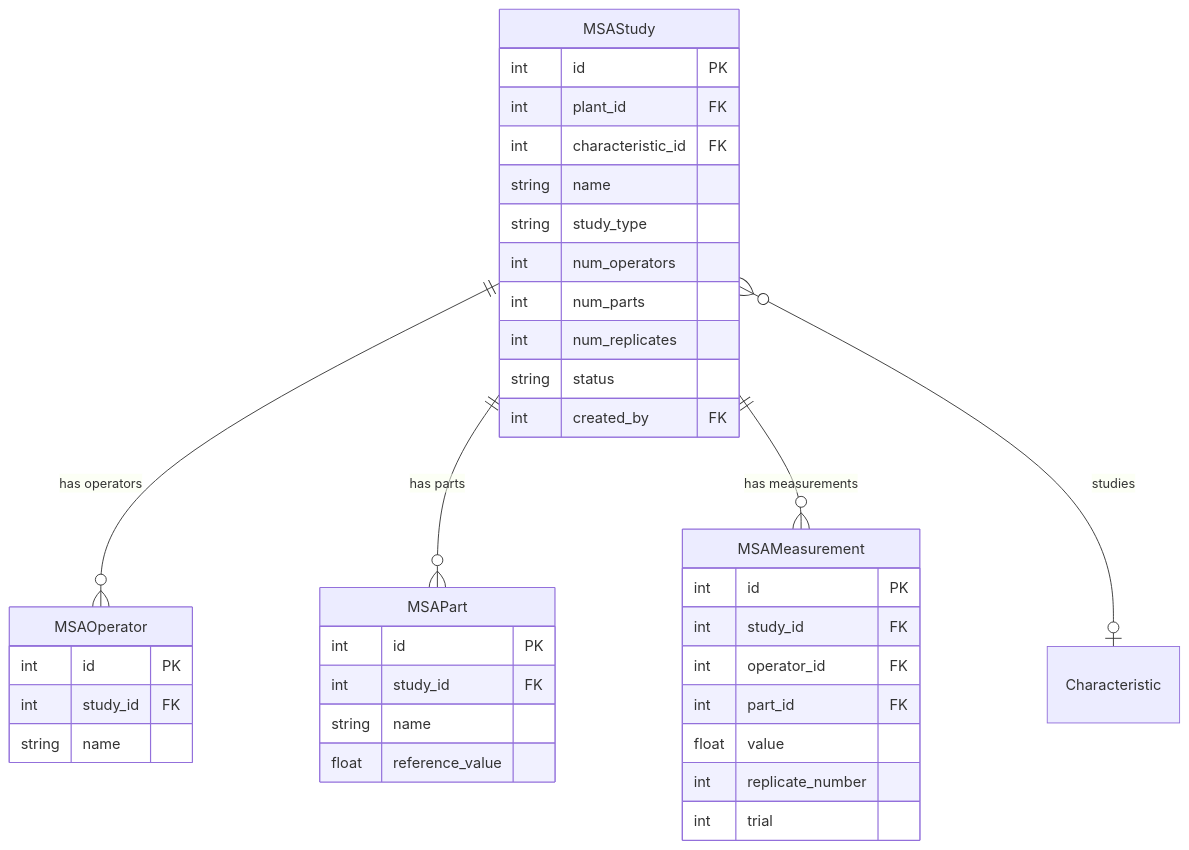
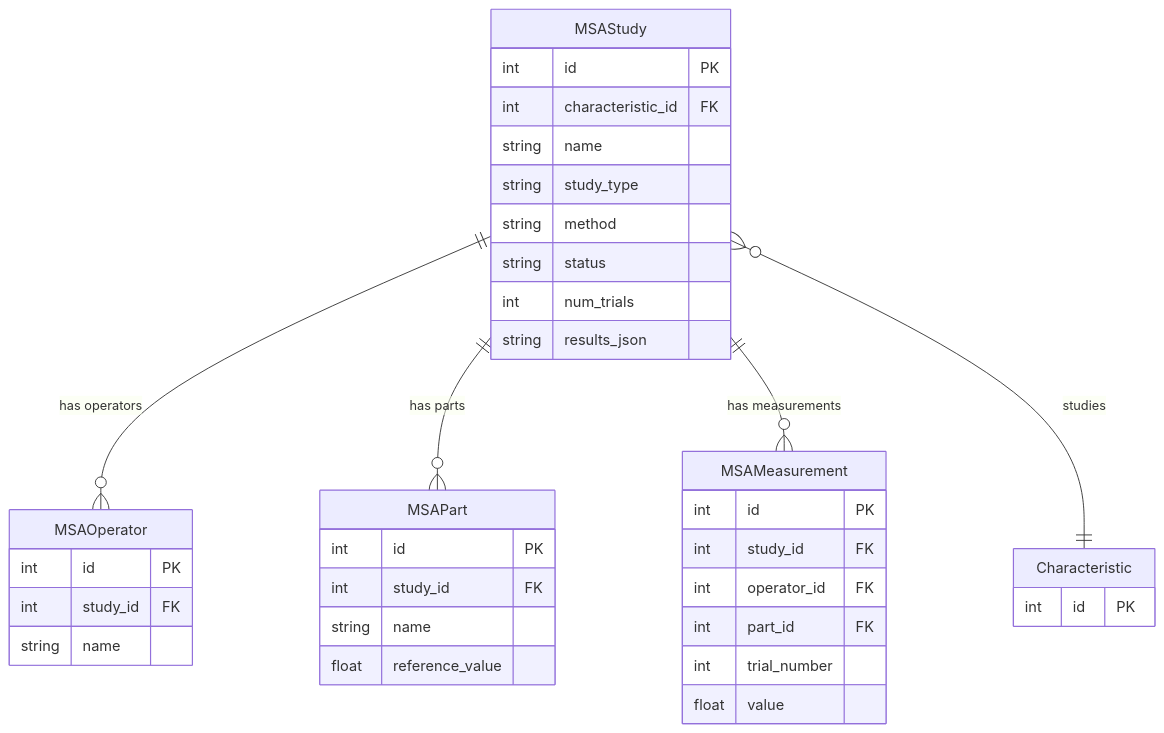
Before and after one commit to saturnis-io/cassini: the second of 2 diagrams in .knowledge/features/msa.md, drawn with Mermaid. The commit also changed other lines of this file and 15 other files, not shown here.

Commit message:
knowledge-graph: regenerate

````diff
--- a/.knowledge/features/msa.md
+++ b/.knowledge/features/msa.md
@@ -31,39 +28,39 @@
 ```mermaid
 erDiagram
     MSAStudy ||--o{ MSAOperator : "has operators"
     MSAStudy ||--o{ MSAPart : "has parts"
     MSAStudy ||--o{ MSAMeasurement : "has measurements"
-    MSAStudy }o--o| Characteristic : "studies"
+    MSAStudy }o--|| Characteristic : studies
+    Characteristic {
+        int id PK
+    }
     MSAStudy {
         int id PK
-        int plant_id FK
         int characteristic_id FK
         string name
         string study_type
-        int num_operators
-        int num_parts
-        int num_replicates
+        string method
         string status
-        int created_by FK
+        int num_trials
+        string results_json
     }
     MSAOperator {
         int id PK
         int study_id FK
         string name
     }
     MSAPart {
         int id PK
         int study_id FK
         string name
         float reference_value
     }
     MSAMeasurement {
         int id PK
         int study_id FK
         int operator_id FK
         int part_id FK
+        int trial_number
         float value
-        int replicate_number
-        int trial
     }
 ```
````
